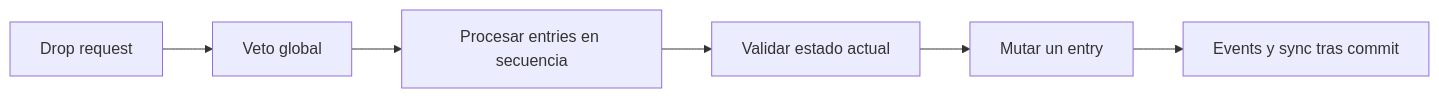
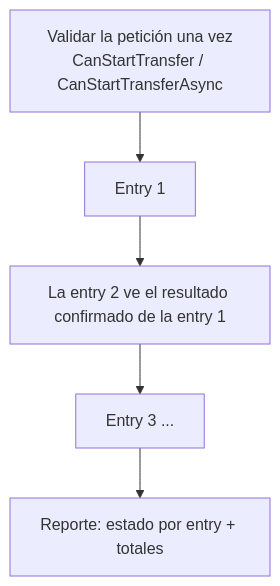
One commit to SergeevSergey99/DragAndDropSystem-Docs changed the second of 2 diagrams in .docs/content/architecture/transfer-pipeline.es.md. Above: the diagram before and after it, drawn with Mermaid. The commit also changed other lines of this file and 9 other files, not shown here.

````diff
--- a/.docs/content/architecture/transfer-pipeline.es.md
+++ b/.docs/content/architecture/transfer-pipeline.es.md
@@ -13,8 +161,7 @@
 ```mermaid
-flowchart LR
-    A["Drop request"] --> B["Veto global"]
-    B --> C["Procesar entries en secuencia"]
-    C --> D["Validar estado actual"]
-    D --> E["Mutar un entry"]
-    E --> F["Events y sync tras commit"]
+flowchart TD
+    A["Validar la petición una vez<br/>CanStartTransfer / CanStartTransferAsync"] --> B["Entry 1"]
+    B --> C["La entry 2 ve el resultado confirmado de la entry 1"]
+    C --> D["Entry 3 ..."]
+    D --> E["Reporte: estado por entry + totales"]
 ```
````
